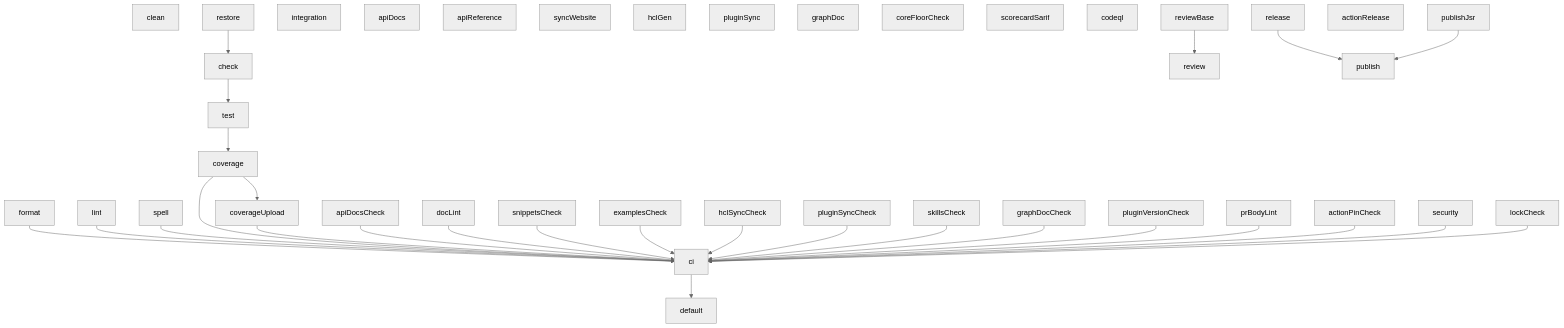
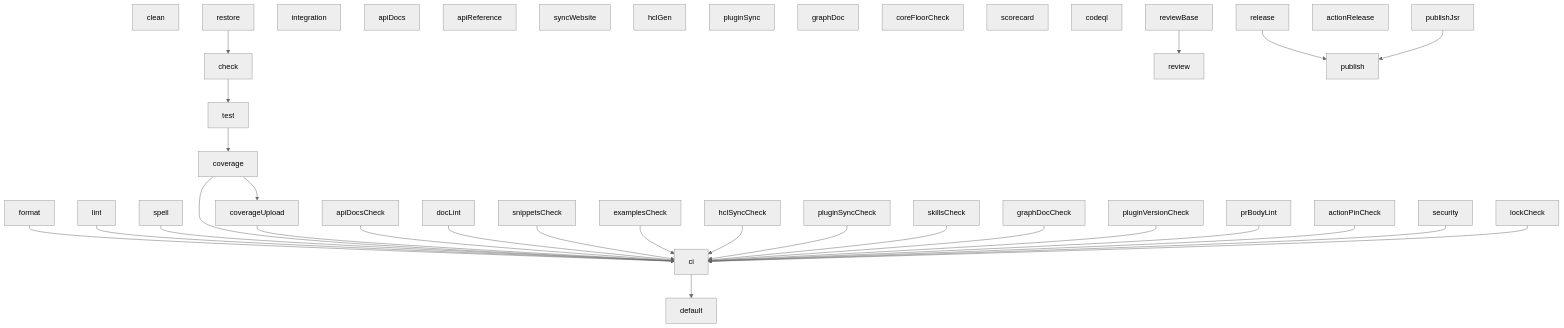
The diagram in docs/graph.md (zuke-build/zuke), drawn with Mermaid (neutral theme) before and after one commit. The commit also changed other lines of this file and 6 other files, not shown here.

````diff
--- a/docs/graph.md
+++ b/docs/graph.md
@@ -9,69 +9,69 @@
 ```mermaid
 flowchart TD
   t0["clean"]
   t1["restore"]
   t2["format"]
   t3["lint"]
   t4["spell"]
   t5["check"]
   t6["test"]
   t7["integration"]
   t8["coverage"]
   t9["coverageUpload"]
   t10["apiDocs"]
   t11["apiDocsCheck"]
   t12["apiReference"]
   t13["syncWebsite"]
   t14["docLint"]
   t15["snippetsCheck"]
   t16["examplesCheck"]
   t17["hclGen"]
   t18["hclSyncCheck"]
   t19["pluginSync"]
   t20["pluginSyncCheck"]
   t21["skillsCheck"]
   t22["graphDoc"]
   t23["graphDocCheck"]
   t24["pluginVersionCheck"]
   t25["prBodyLint"]
   t26["coreFloorCheck"]
   t27["lockCheck"]
   t28["security"]
   t29["actionPinCheck"]
   t30["ci"]
-  t31["scorecardSarif"]
+  t31["scorecard"]
   t32["codeql"]
   t33["reviewBase"]
   t34["review"]
   t35["release"]
   t36["actionRelease"]
   t37["publishJsr"]
   t38["publish"]
   t39["default"]
   t1 --> t5
   t5 --> t6
   t6 --> t8
   t8 --> t9
   t2 --> t30
   t3 --> t30
   t4 --> t30
   t8 --> t30
   t9 --> t30
   t11 --> t30
   t14 --> t30
   t15 --> t30
   t16 --> t30
   t18 --> t30
   t20 --> t30
   t21 --> t30
   t23 --> t30
   t24 --> t30
   t25 --> t30
   t29 --> t30
   t28 --> t30
   t27 --> t30
   t33 --> t34
   t35 --> t38
   t37 --> t38
   t30 --> t39
 ```
````
